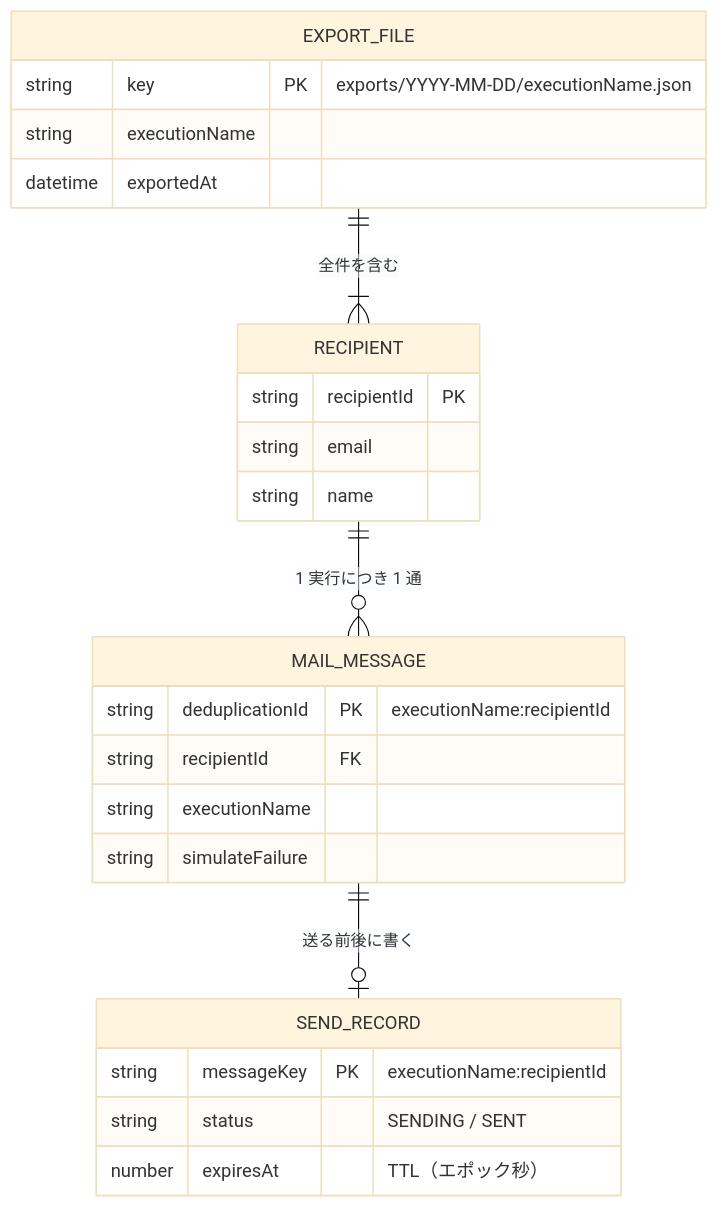
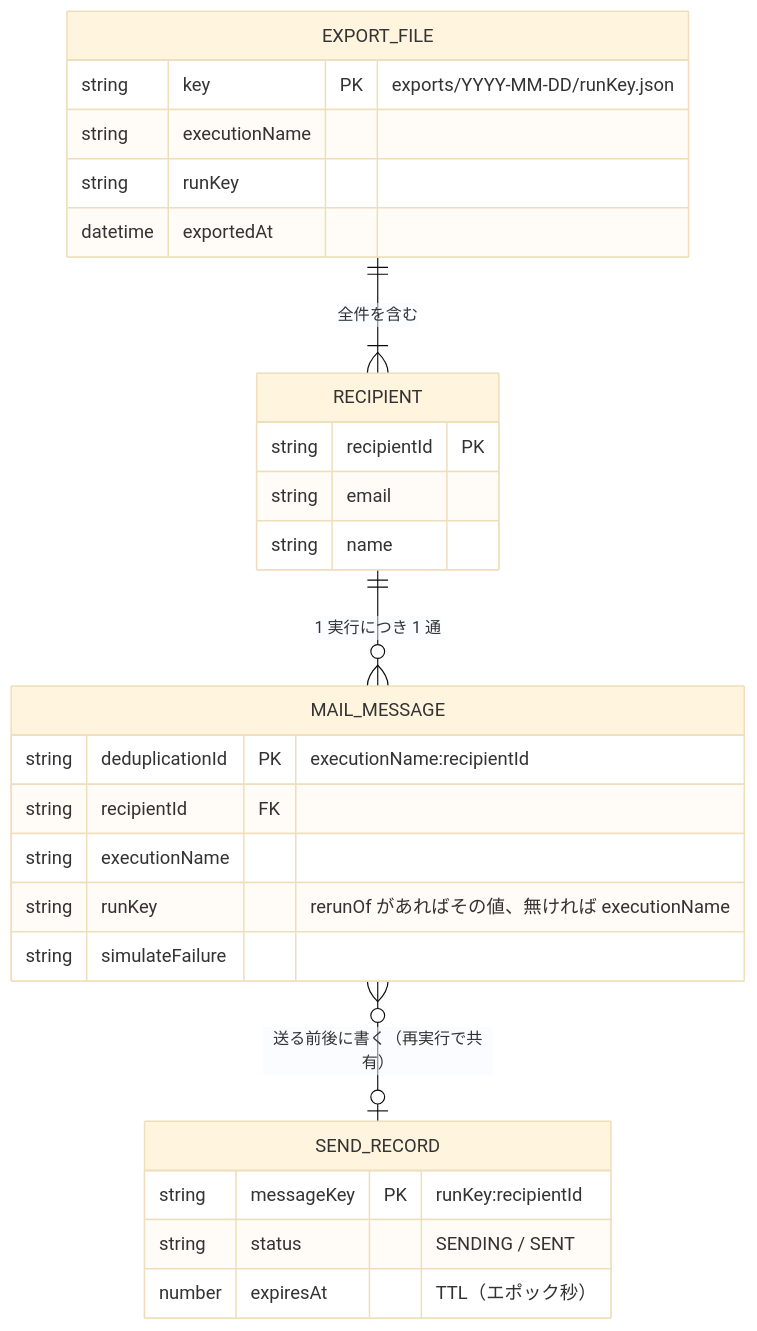
Before and after one commit to kojikawazu/serverless-practice-app: the first of 2 diagrams in docs/05-data-specification.md, drawn with Mermaid (base theme). The commit also changed other lines of this file and 8 other files, not shown here.

````diff
--- a/docs/05-data-specification.md
+++ b/docs/05-data-specification.md
@@ -27,27 +27,29 @@
 ```mermaid
 erDiagram
     RECIPIENT ||--o{ MAIL_MESSAGE : "1 実行につき 1 通"
     EXPORT_FILE ||--|{ RECIPIENT : "全件を含む"
     RECIPIENT {
         string recipientId PK
         string email
         string name
     }
-    MAIL_MESSAGE ||--o| SEND_RECORD : "送る前後に書く"
+    MAIL_MESSAGE }o--o| SEND_RECORD : "送る前後に書く（再実行で共有）"
     MAIL_MESSAGE {
         string deduplicationId PK "executionName:recipientId"
         string recipientId FK
         string executionName
+        string runKey "rerunOf があればその値、無ければ executionName"
         string simulateFailure
     }
     SEND_RECORD {
-        string messageKey PK "executionName:recipientId"
+        string messageKey PK "runKey:recipientId"
         string status "SENDING / SENT"
         number expiresAt "TTL（エポック秒）"
     }
     EXPORT_FILE {
-        string key PK "exports/YYYY-MM-DD/executionName.json"
+        string key PK "exports/YYYY-MM-DD/runKey.json"
         string executionName
+        string runKey
         datetime exportedAt
     }
 ```
````
